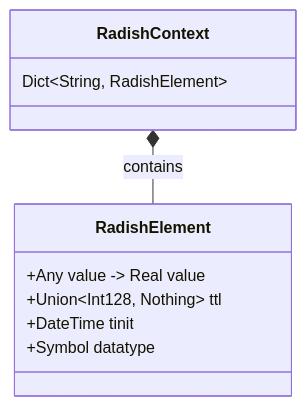
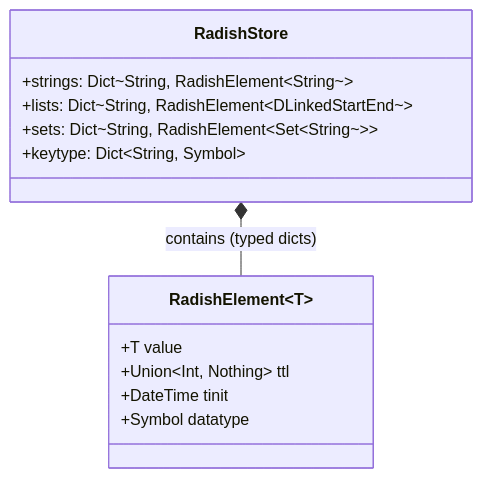
One commit to fabioscantamburlo/Radish changed the diagram in docs/index.md. Above: the diagram before and after it, drawn with Mermaid. The commit also changed other lines of this file and 77 other files, not shown here.

````diff
--- a/docs/index.md
+++ b/docs/index.md
@@ -109,15 +116,18 @@
 ```mermaid
 classDiagram
-    class RadishContext {
-        Dict~String, RadishElement~
+    class RadishStore {
+        +strings: Dict~String, RadishElement~String~~
+        +lists: Dict~String, RadishElement~DLinkedStartEnd~~
+        +sets: Dict~String, RadishElement~Set~String~~~
+        +keytype: Dict~String, Symbol~
     }
 
-    class RadishElement {
-        +Any value -> Real value 
-        +Union~Int128, Nothing~ ttl
+    class RadishElement~T~ {
+        +T value
+        +Union~Int, Nothing~ ttl
         +DateTime tinit
         +Symbol datatype
     }
 
-    RadishContext *-- RadishElement : contains
+    RadishStore *-- RadishElement : contains (typed dicts)
 ```
````
